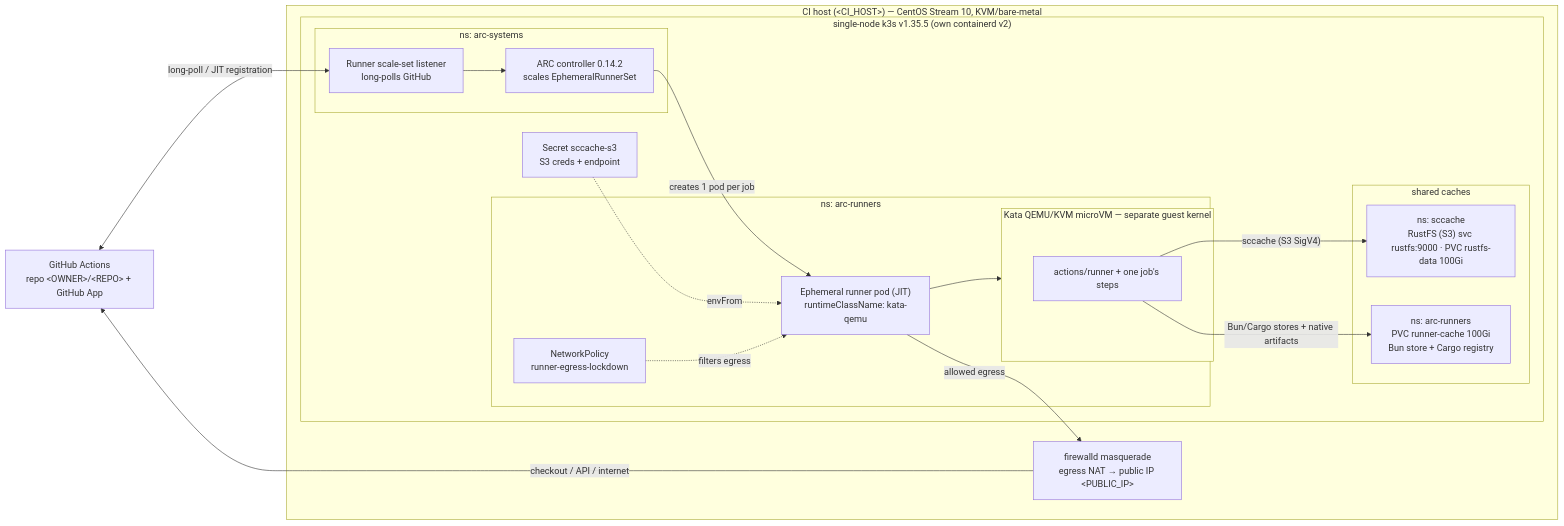
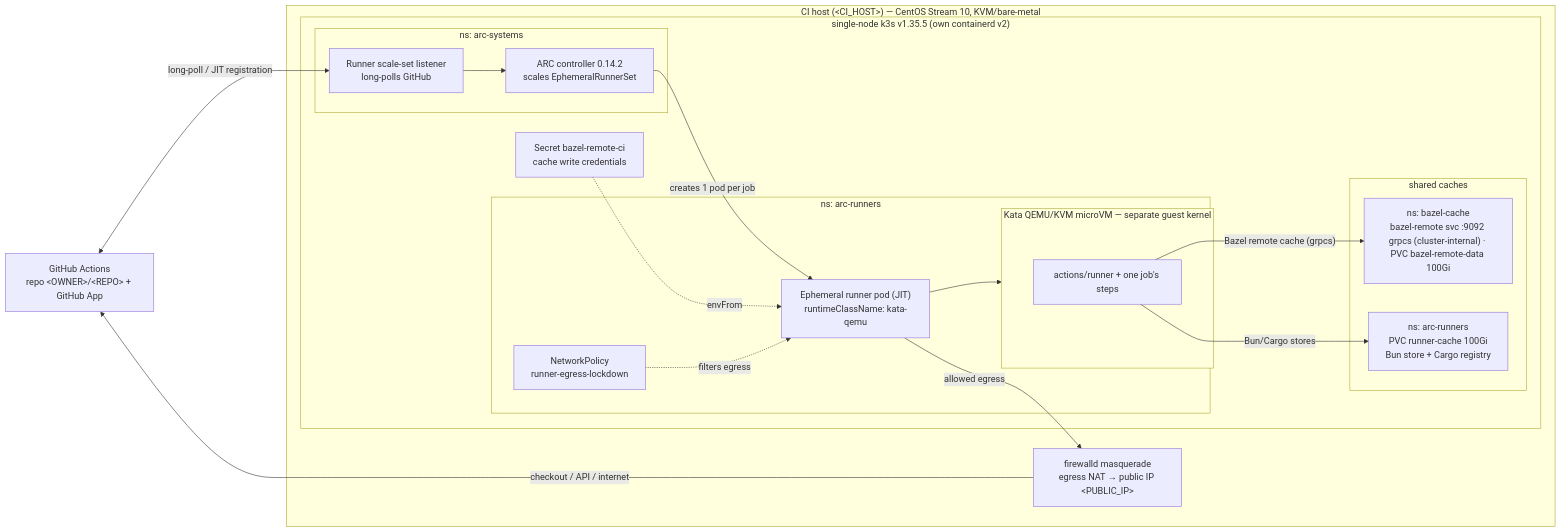
One commit to design-nexus/pi-forge changed the diagram in infra/docs/README.md. Above: the diagram before and after it, drawn with Mermaid. The commit also changed other lines of this file and 120 other files, not shown here.

````diff
--- a/infra/docs/README.md
+++ b/infra/docs/README.md
@@ -9,37 +9,37 @@
 ```mermaid
 flowchart LR
     GH["GitHub Actions<br/>repo &lt;OWNER&gt;/&lt;REPO&gt; + GitHub App"]
 
     subgraph HOST["CI host (&lt;CI_HOST&gt;) — CentOS Stream 10, KVM/bare-metal"]
       NAT["firewalld masquerade<br/>egress NAT → public IP &lt;PUBLIC_IP&gt;"]
       subgraph K3S["single-node k3s v1.35.5 (own containerd v2)"]
         subgraph SYS["ns: arc-systems"]
           LIS["Runner scale-set listener<br/>long-polls GitHub"]
           CTRL["ARC controller 0.14.2<br/>scales EphemeralRunnerSet"]
         end
         subgraph RUN["ns: arc-runners"]
           NP["NetworkPolicy<br/>runner-egress-lockdown"]
           POD["Ephemeral runner pod (JIT)<br/>runtimeClassName: kata-qemu"]
           subgraph VM["Kata QEMU/KVM microVM — separate guest kernel"]
             JOB["actions/runner + one job's steps"]
           end
         end
         subgraph CACHE["shared caches"]
-          RUSTFS["ns: sccache<br/>RustFS (S3) svc rustfs:9000 · PVC rustfs-data 100Gi"]
+          BRC["ns: bazel-cache<br/>bazel-remote svc :9092 grpcs (cluster-internal) · PVC bazel-remote-data 100Gi"]
           PVC["ns: arc-runners<br/>PVC runner-cache 100Gi<br/>Bun store + Cargo registry"]
         end
-        SEC["Secret sccache-s3<br/>S3 creds + endpoint"]
+        SEC["Secret bazel-remote-ci<br/>cache write credentials"]
       end
     end
 
     GH <-->|"long-poll / JIT registration"| LIS
     LIS --> CTRL
     CTRL -->|"creates 1 pod per job"| POD
     POD --> VM
     SEC -.->|"envFrom"| POD
     NP -.->|"filters egress"| POD
-    JOB -->|"sccache (S3 SigV4)"| RUSTFS
-    JOB -->|"Bun/Cargo stores + native artifacts"| PVC
+    JOB -->|"Bazel remote cache (grpcs)"| BRC
+    JOB -->|"Bun/Cargo stores"| PVC
     POD -->|"allowed egress"| NAT
     NAT -->|"checkout / API / internet"| GH
 ```
````
